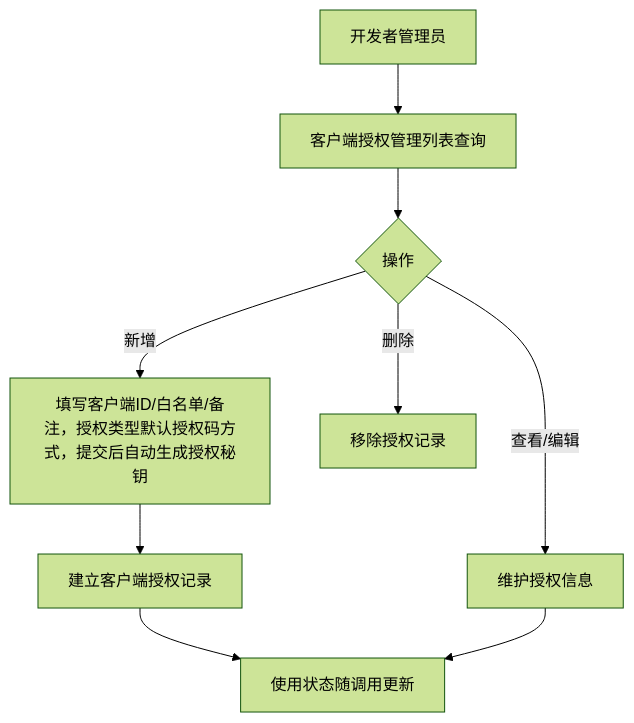
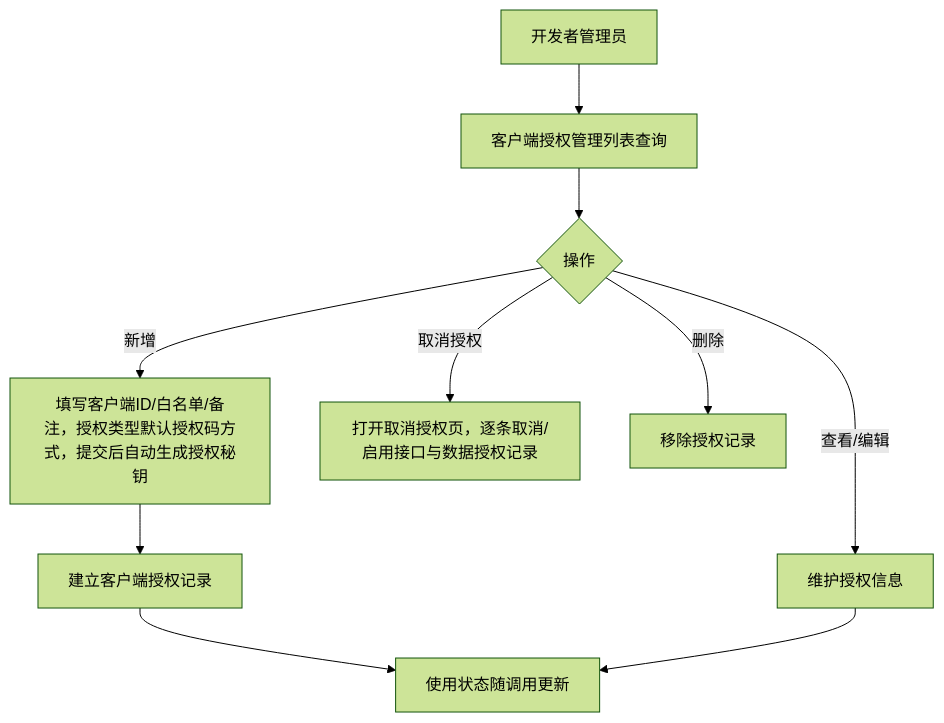
The fifth of 8 diagrams in output/prd/prd.md (sunmei119/capPlatform), drawn with Mermaid (forest theme) before and after one commit. The commit also changed other lines of this file and 2 other files, not shown here.

````diff
--- a/output/prd/prd.md
+++ b/output/prd/prd.md
@@ -192,11 +193,12 @@
 ```mermaid
 flowchart TD
     A[开发者管理员] --> B[客户端授权管理列表查询]
     B --> C{操作}
     C -- 新增 --> D[填写客户端ID/白名单/备注，授权类型默认授权码方式，提交后自动生成授权秘钥]
     D --> E[建立客户端授权记录]
     C -- 查看/编辑 --> F[维护授权信息]
+    C -- 取消授权 --> I[打开取消授权页，逐条取消/启用接口与数据授权记录]
     C -- 删除 --> G[移除授权记录]
     E --> H[使用状态随调用更新]
     F --> H
 ```
````
